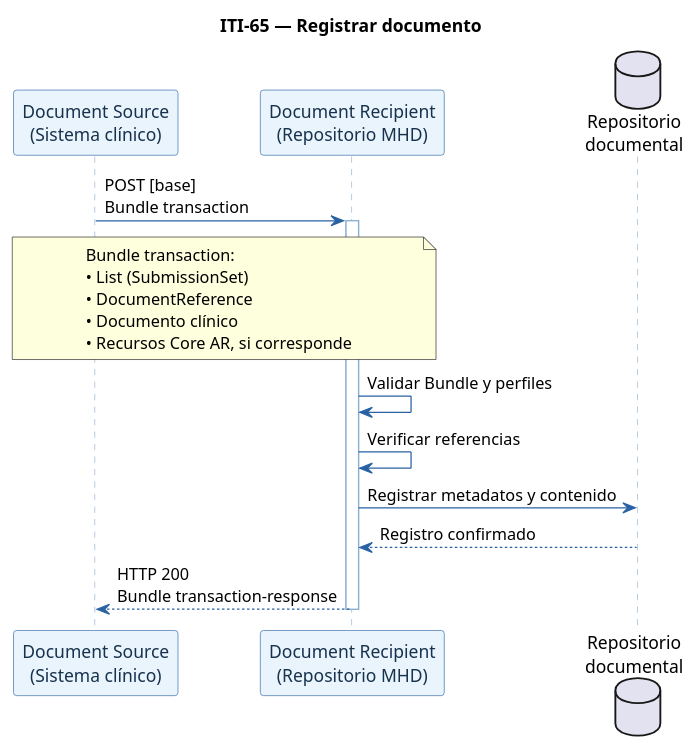
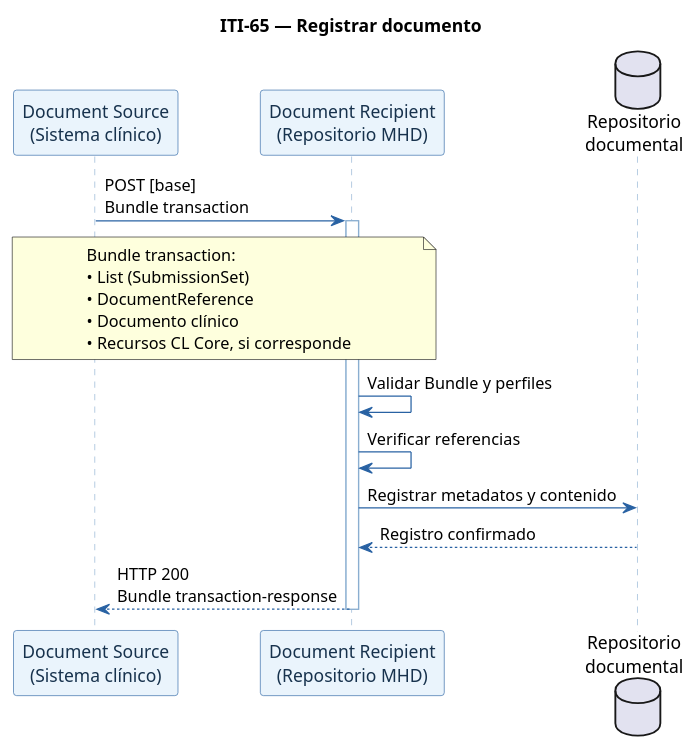
The diagram in input/images-source/iti-65.plantuml (HL7Chile/MHD-CL), drawn with PlantUML before and after one commit.

Commit message:
actualizar plantuml

```diff
--- a/input/images-source/iti-65.plantuml
+++ b/input/images-source/iti-65.plantuml
@@ -1,35 +1,35 @@
 @startuml
 title ITI-65 — Registrar documento
 
 skinparam backgroundColor white
 skinparam shadowing false
 skinparam sequence {
   ArrowColor #2962A3
   LifeLineBorderColor #8AAED0
   ParticipantBorderColor #2962A3
   ParticipantBackgroundColor #EAF4FC
   ParticipantFontColor #17324D
 }
 
 participant "Document Source\n(Sistema clínico)" as Source
 participant "Document Recipient\n(Repositorio MHD)" as Recipient
 database "Repositorio\ndocumental" as Repository
 
 Source -> Recipient : POST [base]\nBundle transaction
 activate Recipient
 
 note over Source, Recipient
   Bundle transaction:
   • List (SubmissionSet)
   • DocumentReference
   • Documento clínico
-  • Recursos Core AR, si corresponde
+  • Recursos CL Core, si corresponde
 end note
 
 Recipient -> Recipient : Validar Bundle y perfiles
 Recipient -> Recipient : Verificar referencias
 Recipient -> Repository : Registrar metadatos y contenido
 Repository --> Recipient : Registro confirmado
 Recipient --> Source : HTTP 200\nBundle transaction-response
 deactivate Recipient
 @enduml
```
